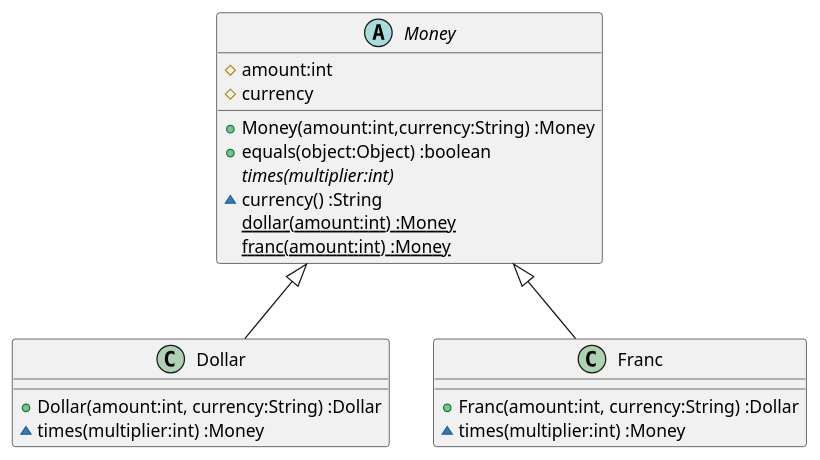
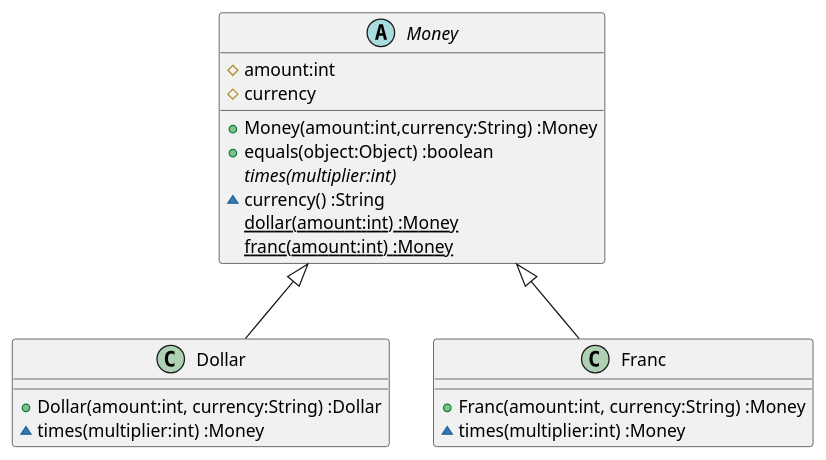
One commit to k2works/etude_for_java changed the diagram in docs/src/TDD.md. Above: the diagram before and after it, drawn with PlantUML. The commit also changed 3 other files, not shown here.

````diff
--- a/docs/src/TDD.md
+++ b/docs/src/TDD.md
@@ -62,22 +62,22 @@
 ```puml
 class Dollar {
   +Dollar(amount:int, currency:String) :Dollar
   ~times(multiplier:int) :Money
 }
 class Franc {
-  +Franc(amount:int, currency:String) :Dollar
+  +Franc(amount:int, currency:String) :Money
   ~times(multiplier:int) :Money
 }
 abstract Money {
   #amount:int
   #currency  
   +Money(amount:int,currency:String) :Money
   +equals(object:Object) :boolean  
   {abstract} times(multiplier:int)
   ~currency() :String
   {static} dollar(amount:int) :Money
   {static} franc(amount:int) :Money  
 }
 Money <|-- Dollar
 Money <|-- Franc
 ```
````
